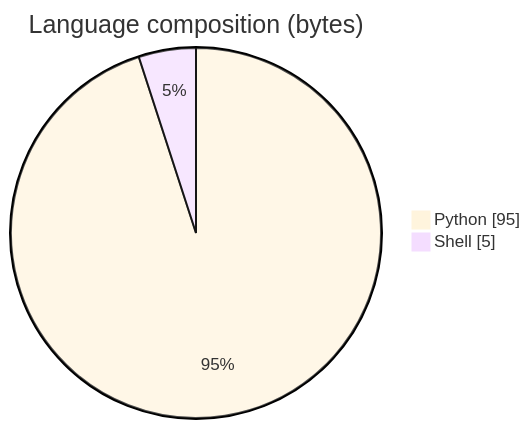
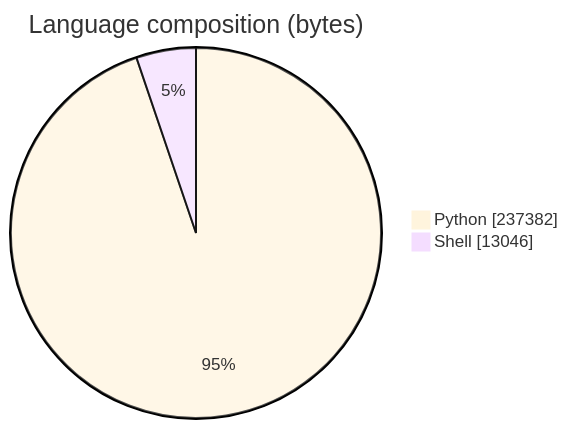
One commit to ArchanaChetan07/vLLM-HybridAttn changed the eighth of 8 diagrams in README.md. Above: the diagram before and after it, drawn with Mermaid. The commit also changed other lines of this file, not shown here.

Commit message:
docs: FAANG-ready README with validation evidence, architecture diagrams, honest gates

````diff
--- a/README.md
+++ b/README.md
@@ -71,6 +226,6 @@
 ```mermaid
 %%{init: {'theme':'base'}}%%
 pie showData title Language composition (bytes)
-    "Python" : 95
-    "Shell" : 5
+    "Python" : 237382
+    "Shell" : 13046
 ```
````
